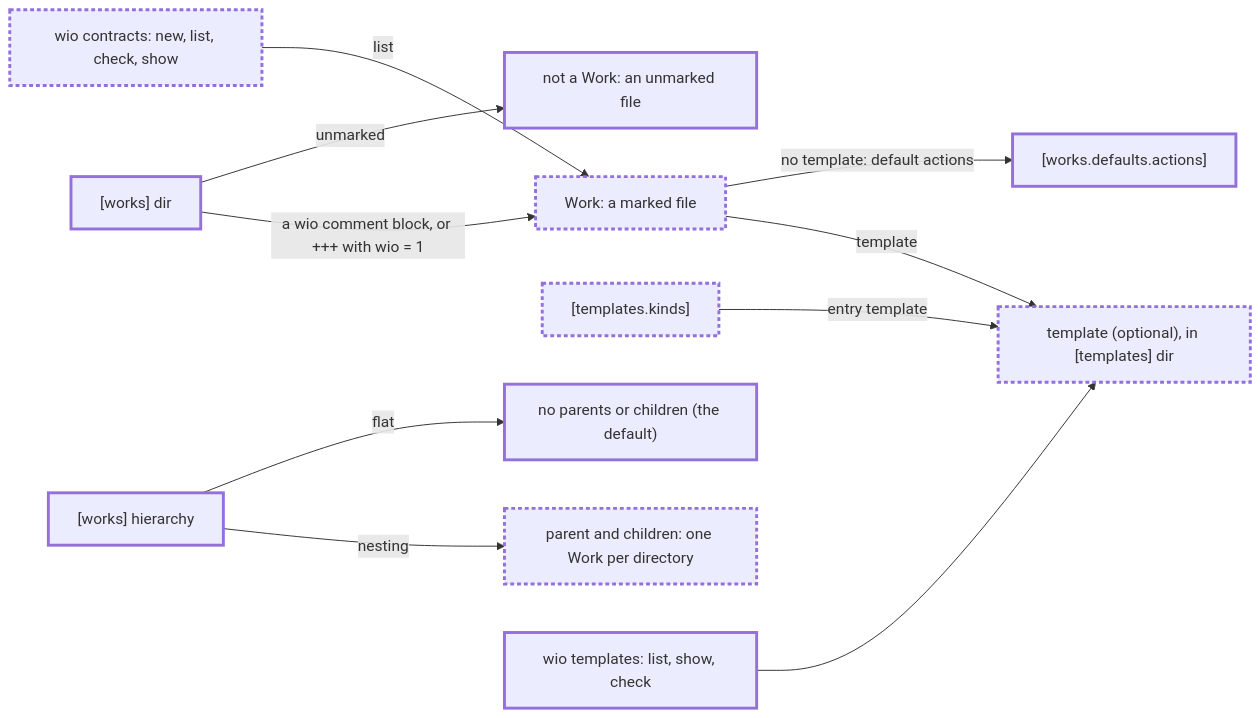
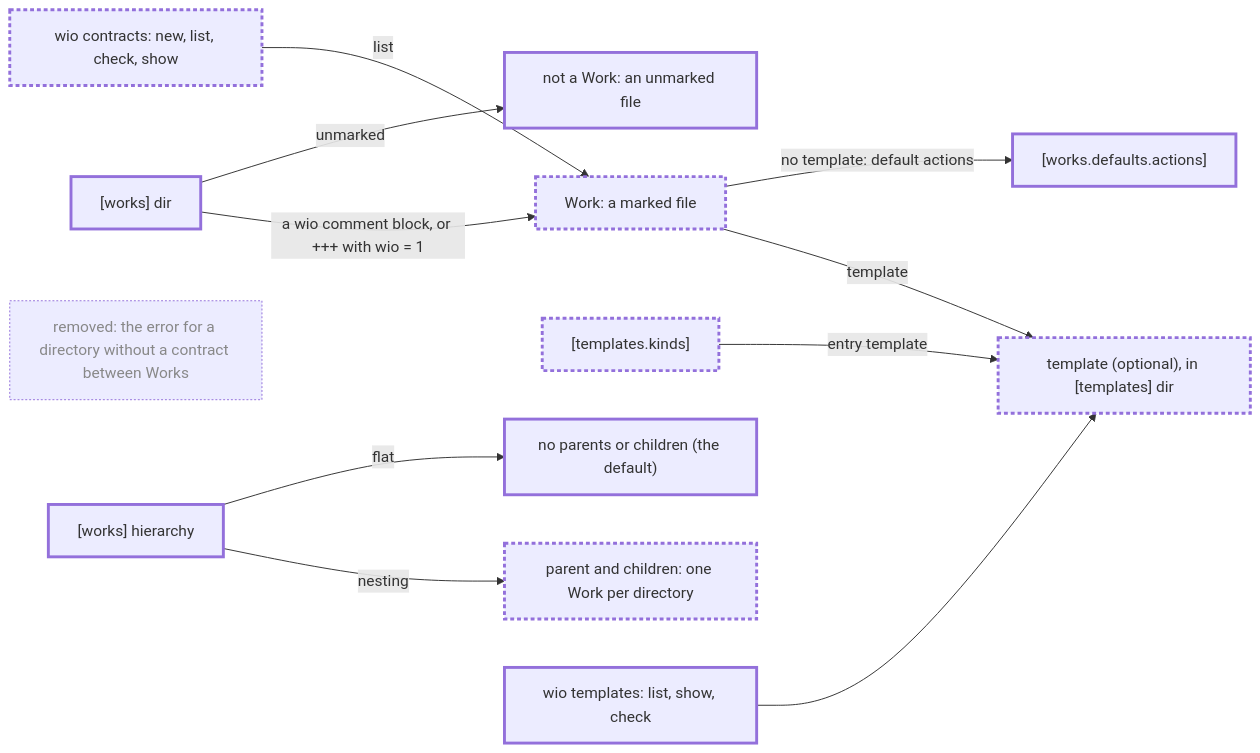
Before and after one commit to msitarz/wio: the second of 2 diagrams in .agents/wio/works/discovery/README.md, drawn with Mermaid. The commit also changed other lines of this file and 1 other file, not shown here.

First line of the commit message:
docs: address the third review of the discovery parent contract

````diff
--- a/.agents/wio/works/discovery/README.md
+++ b/.agents/wio/works/discovery/README.md
@@ -133,25 +139,27 @@
 ```mermaid
 flowchart LR
     dir["[works] dir"]:::new
     work["Work: a marked file"]:::changed
     ignored["not a Work: an unmarked file"]:::new
     tpl["template (optional), in [templates] dir"]:::changed
     kinds["[templates.kinds]"]:::changed
     defaults["[works.defaults.actions]"]:::new
     mode["[works] hierarchy"]:::new
     tree["parent and children: one Work per directory"]:::changed
     none["no parents or children (the default)"]:::new
+    gap["removed: the error for a directory without a contract between Works"]:::removed
     contracts["wio contracts: new, list, check, show"]:::changed
     templates["wio templates: list, show, check"]:::new
     dir -- "a wio comment block, or +++ with wio = 1" --> work
     dir -- "unmarked" --> ignored
     work -- "template" --> tpl
     kinds -- "entry template" --> tpl
     work -- "no template: default actions" --> defaults
     mode -- "nesting" --> tree
     mode -- "flat" --> none
     contracts -- "list" --> work
     templates --> tpl
     classDef new stroke-width: 3px
     classDef changed stroke-width: 3px,stroke-dasharray: 4 3
+    classDef removed stroke-dasharray: 2 2,color: #888
 ```
````
